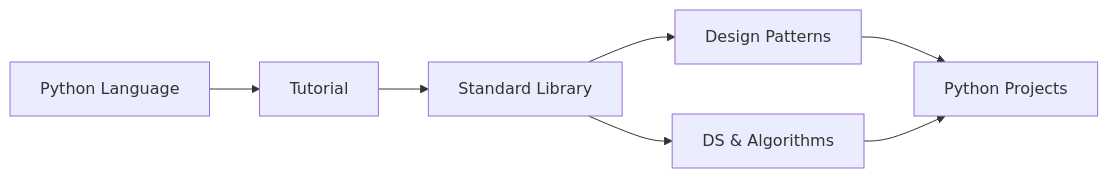
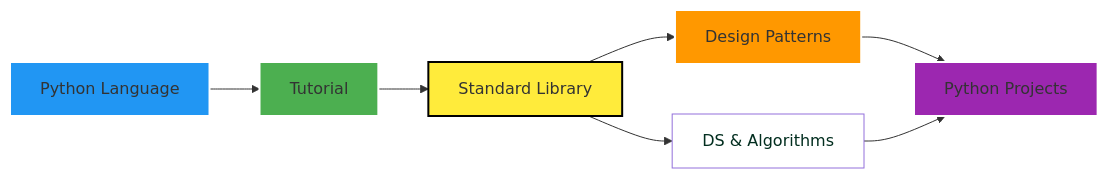
One commit to uptimistic/DefinitivePythonCheatsheet changed the diagram in README.md. Above: the diagram before and after it, drawn with Mermaid. The commit also changed other lines of this file, not shown here.

````diff
--- a/README.md
+++ b/README.md
@@ -9,8 +9,20 @@
 ```mermaid
 flowchart LR
-    a[Python Language] --> b[Tutorial] --> c[Standard Library]
-    c-->d[Design Patterns]
-    c-->e[DS & Algorithms]
-    d-->f[Python Projects]
-    e-->f[Python Projects]
+
+classDef blue fill:#2196f3,stroke:#fff,stroke-width:2px;
+classDef green fill:#4caf50,stroke:#fff,stroke-width:2px;
+classDef yellow fill:#ffeb3b,stroke:#000,stroke-width:2px;
+classDef orange fill:#ff9800,stroke:#fff,stroke-width:2px;
+classDef red fill:#f44336,stroke:#fff,stroke-width:2px;
+classDef purple fill:#9c27b0,stroke:#fff,stroke-width:2px;
+
+ classDef white color:#022e1f,fill:#fff;
+
+
+      
+    a[Python Language]:::blue --> b[Tutorial]:::green --> c[Standard Library]:::yellow
+    c-->d[Design Patterns]:::orange
+    c-->e[DS & Algorithms]:::white
+    d-->f[Python Projects]:::purple
+    e-->f[Python Projects]:::purple
 ```
````
